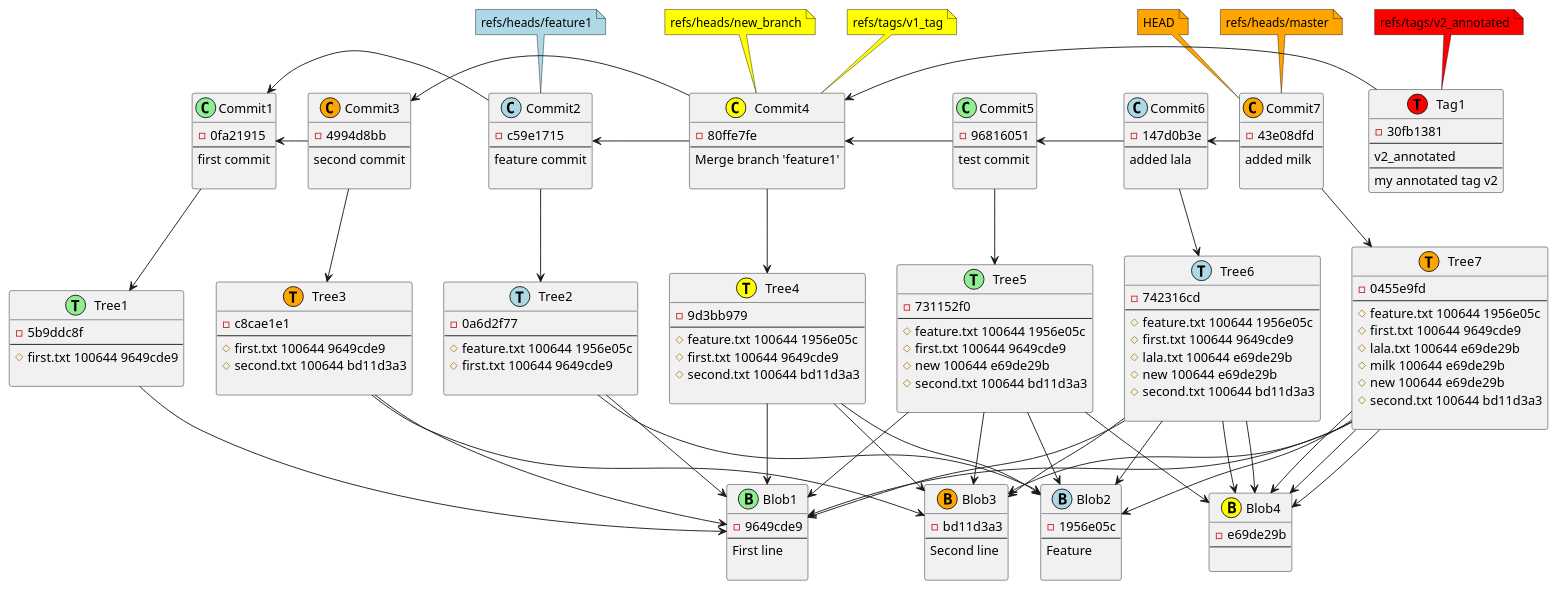
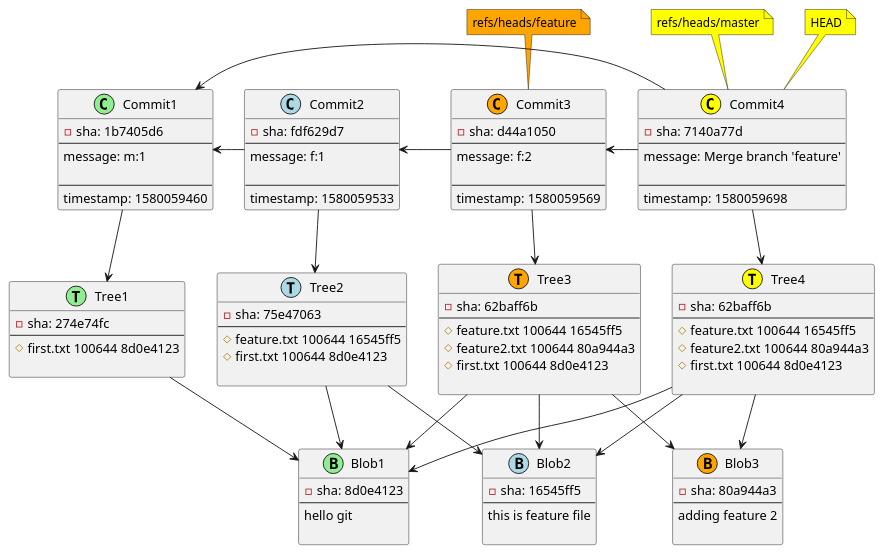
The third of 3 diagrams in src/main/resources/diagram.adoc (tsypuk/git2plantuml), drawn with PlantUML before and after one commit. The commit also changed other lines of this file and 2 other files, not shown here.

Commit message:
added full image generation

```diff
--- a/src/main/resources/diagram.adoc
+++ b/src/main/resources/diagram.adoc
@@ -1,179 +163,102 @@
-[plantuml, commit,png, title=commit action, width=1000, height=1000]
+[plantuml, Git repository time snapshot9df66bb3-a4d1-406b-a7b4-0a62e6daa4d5, png, title="Git repository time snapshot: 4 commits, 3 trees, 3 blobs, 3 refs: HEAD, refs/heads/master, refs/heads/feature, ", width=1000, height=1000]
 ....
+class Commit4 <<(C,yellow)>> {
+-sha: 7140a77d
+--
+message: Merge branch 'feature'
 
-class Commit7 <<(C,orange)>> {
--43e08dfd
 --
-added milk
-
-}
-class Commit6 <<(C,lightblue)>> {
--147d0b3e
---
-added lala
-
-}
-class Commit5 <<(C,lightgreen)>> {
--96816051
---
-test commit
-
-}
-class Commit4 <<(C,yellow)>> {
--80ffe7fe
---
-Merge branch 'feature1'
-
+timestamp: 1580059698
 }
 class Commit3 <<(C,orange)>> {
--4994d8bb
+-sha: d44a1050
 --
-second commit
+message: f:2
 
+--
+timestamp: 1580059569
 }
 class Commit2 <<(C,lightblue)>> {
--c59e1715
+-sha: fdf629d7
 --
-feature commit
+message: f:1
 
+--
+timestamp: 1580059533
 }
 class Commit1 <<(C,lightgreen)>> {
--0fa21915
+-sha: 1b7405d6
 --
-first commit
+message: m:1
 
-}
-class Tree7 <<(T,orange)>> {
--0455e9fd
 --
-# feature.txt 100644 1956e05c
-# first.txt 100644 9649cde9
-# lala.txt 100644 e69de29b
-# milk 100644 e69de29b
-# new 100644 e69de29b
-# second.txt 100644 bd11d3a3
-
-}
-class Tree6 <<(T,lightblue)>> {
--742316cd
---
-# feature.txt 100644 1956e05c
-# first.txt 100644 9649cde9
-# lala.txt 100644 e69de29b
-# new 100644 e69de29b
-# second.txt 100644 bd11d3a3
-
-}
-class Tree5 <<(T,lightgreen)>> {
--731152f0
---
-# feature.txt 100644 1956e05c
-# first.txt 100644 9649cde9
-# new 100644 e69de29b
-# second.txt 100644 bd11d3a3
-
+timestamp: 1580059460
 }
 class Tree4 <<(T,yellow)>> {
--9d3bb979
+-sha: 62baff6b
 --
-# feature.txt 100644 1956e05c
-# first.txt 100644 9649cde9
-# second.txt 100644 bd11d3a3
+# feature.txt 100644 16545ff5
+# feature2.txt 100644 80a944a3
+# first.txt 100644 8d0e4123
 
 }
 class Tree3 <<(T,orange)>> {
--c8cae1e1
+-sha: 62baff6b
 --
-# first.txt 100644 9649cde9
-# second.txt 100644 bd11d3a3
+# feature.txt 100644 16545ff5
+# feature2.txt 100644 80a944a3
+# first.txt 100644 8d0e4123
 
 }
 class Tree2 <<(T,lightblue)>> {
--0a6d2f77
+-sha: 75e47063
 --
-# feature.txt 100644 1956e05c
-# first.txt 100644 9649cde9
+# feature.txt 100644 16545ff5
+# first.txt 100644 8d0e4123
 
 }
 class Tree1 <<(T,lightgreen)>> {
--5b9ddc8f
+-sha: 274e74fc
 --
-# first.txt 100644 9649cde9
+# first.txt 100644 8d0e4123
+
+}
+class Blob3 <<(B,orange)>> {
+-sha: 80a944a3
+--
+adding feature 2
 
 }
 class Blob2 <<(B,lightblue)>> {
--1956e05c
+-sha: 16545ff5
 --
-Feature
+this is feature file
 
 }
 class Blob1 <<(B,lightgreen)>> {
--9649cde9
+-sha: 8d0e4123
 --
-First line
+hello git
 
 }
-class Blob3 <<(B,orange)>> {
--bd11d3a3
---
-Second line
-
-}
-class Blob4 <<(B,yellow)>> {
--e69de29b
---
-
-}
-class Tag1 <<(T,red)>> {
--30fb1381
---
-v2_annotated
---
-my annotated tag v2
-}
-Tag1 -l-> Commit4
-Commit7 --> Tree7
-Commit6 --> Tree6
-Commit5 --> Tree5
 Commit4 --> Tree4
 Commit3 --> Tree3
 Commit2 --> Tree2
 Commit1 --> Tree1
-Tree7 --> Blob2
-Tree7 --> Blob1
-Tree7 --> Blob4
-Tree7 --> Blob4
-Tree7 --> Blob4
-Tree7 --> Blob3
-Tree6 --> Blob2
-Tree6 --> Blob1
-Tree6 --> Blob4
-Tree6 --> Blob4
-Tree6 --> Blob3
-Tree5 --> Blob2
-Tree5 --> Blob1
-Tree5 --> Blob4
-Tree5 --> Blob3
 Tree4 --> Blob2
+Tree4 --> Blob3
 Tree4 --> Blob1
-Tree4 --> Blob3
+Tree3 --> Blob2
+Tree3 --> Blob3
 Tree3 --> Blob1
-Tree3 --> Blob3
 Tree2 --> Blob2
 Tree2 --> Blob1
 Tree1 --> Blob1
-Commit6 -l-> Commit5
-Commit4 -l-> Commit2
+Commit2 -l-> Commit1
+Commit4 -l-> Commit1
 Commit4 -l-> Commit3
-Commit7 -l-> Commit6
-Commit2 -l-> Commit1
-Commit5 -l-> Commit4
-Commit3 -l-> Commit1
-note top of Commit7 #orange : HEAD
-note top of Commit2 #lightblue : refs/heads/feature1
-note top of Tag1 #red : refs/tags/v2_annotated
-note top of Commit7 #orange : refs/heads/master
-note top of Commit4 #yellow : refs/heads/new_branch
-note top of Commit4 #yellow : refs/tags/v1_tag
-
+Commit3 -l-> Commit2
+note top of Commit4 #yellow : HEAD
+note top of Commit4 #yellow : refs/heads/master
+note top of Commit3 #orange : refs/heads/feature
 ....
```
